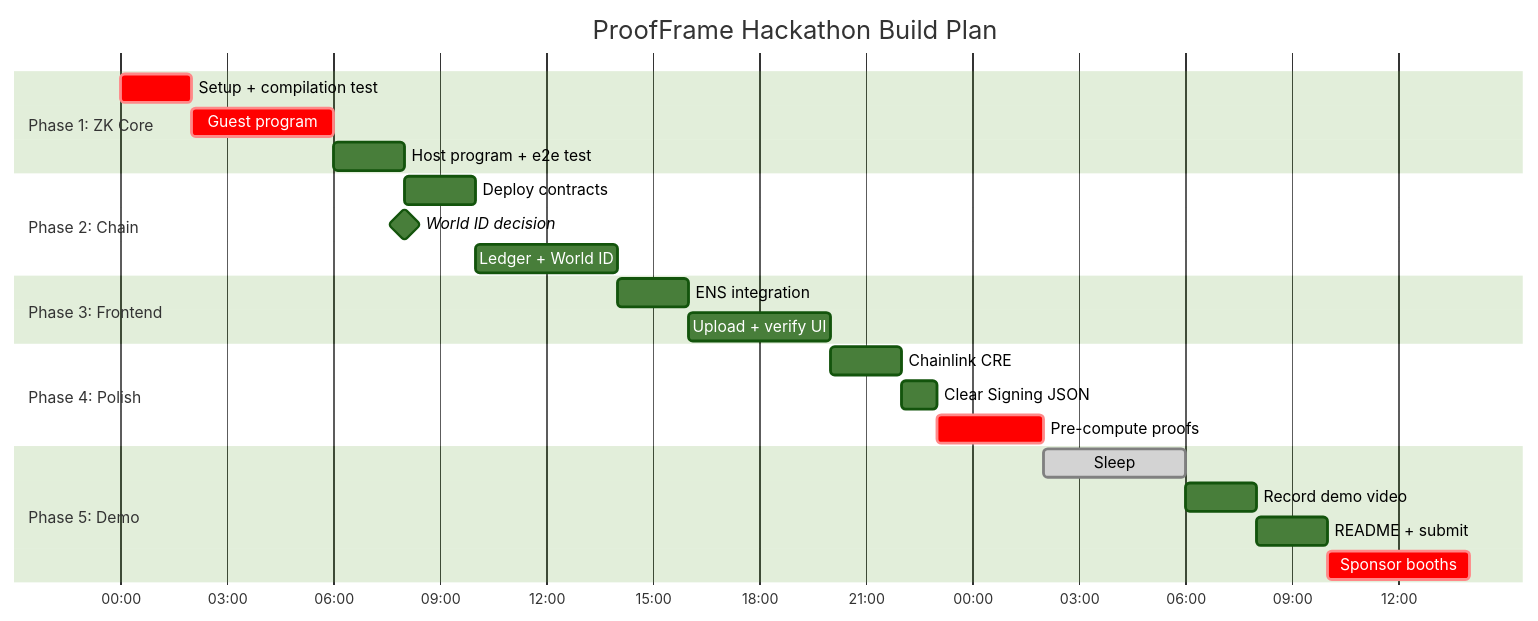
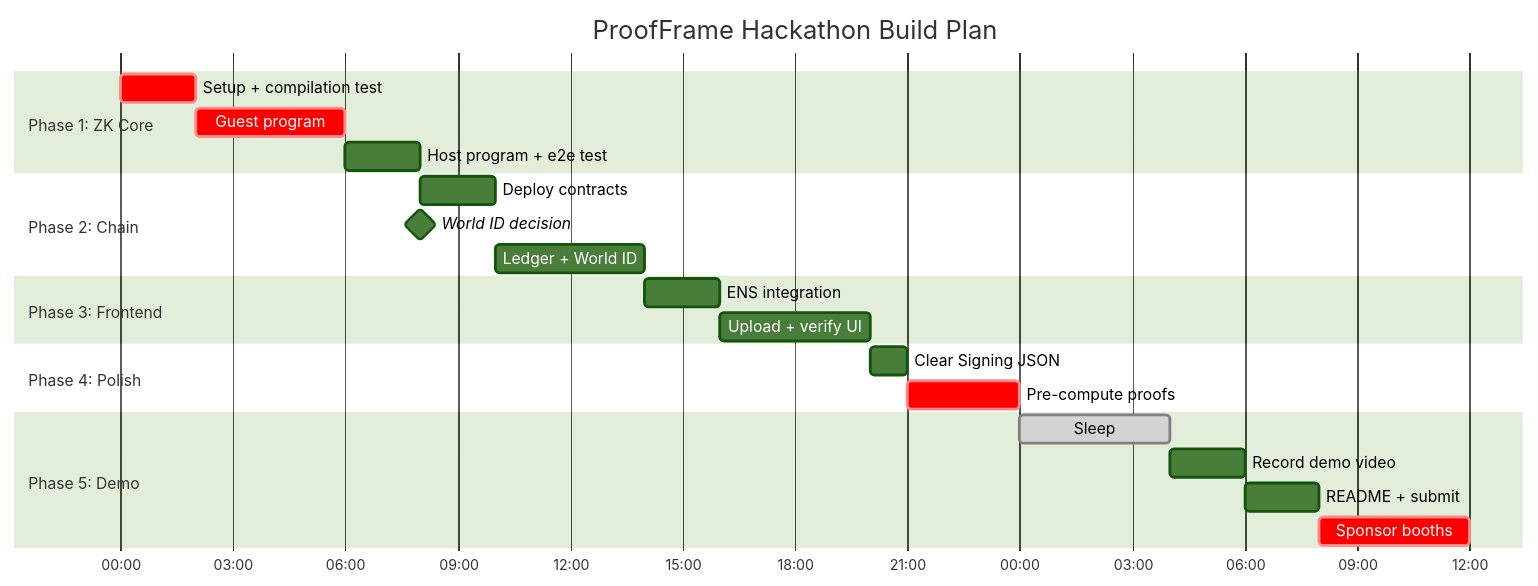
One commit to pycckuu/proof-frame changed diagram 12 of 13 in docs/DIAGRAMS.md. Above: the diagram before and after it, drawn with Mermaid (forest theme). The commit also changed other lines of this file and 8 other files, not shown here.

````diff
--- a/docs/DIAGRAMS.md
+++ b/docs/DIAGRAMS.md
@@ -472,31 +449,30 @@
 ```mermaid
 gantt
     title ProofFrame Hackathon Build Plan
     dateFormat HH:mm
     axisFormat %H:%M
 
     section Phase 1: ZK Core
     Setup + compilation test    :crit, p1a, 00:00, 2h
     Guest program              :crit, p1b, after p1a, 4h
     Host program + e2e test    :p1c, after p1b, 2h
 
     section Phase 2: Chain
     Deploy contracts           :p2a, after p1c, 2h
     World ID decision          :milestone, m1, after p1c, 0h
     Ledger + World ID          :p2b, after p2a, 4h
 
     section Phase 3: Frontend
     ENS integration            :p3a, after p2b, 2h
     Upload + verify UI         :p3b, after p3a, 4h
 
     section Phase 4: Polish
-    Chainlink CRE              :p4a, after p3b, 2h
-    Clear Signing JSON         :p4b, after p4a, 1h
+    Clear Signing JSON         :p4b, after p3b, 1h
     Pre-compute proofs         :crit, p4c, after p4b, 3h
 
     section Phase 5: Demo
     Sleep                      :done, sleep, after p4c, 4h
     Record demo video          :p5a, after sleep, 2h
     README + submit            :p5b, after p5a, 2h
     Sponsor booths             :crit, p5c, after p5b, 4h
 ```
````
